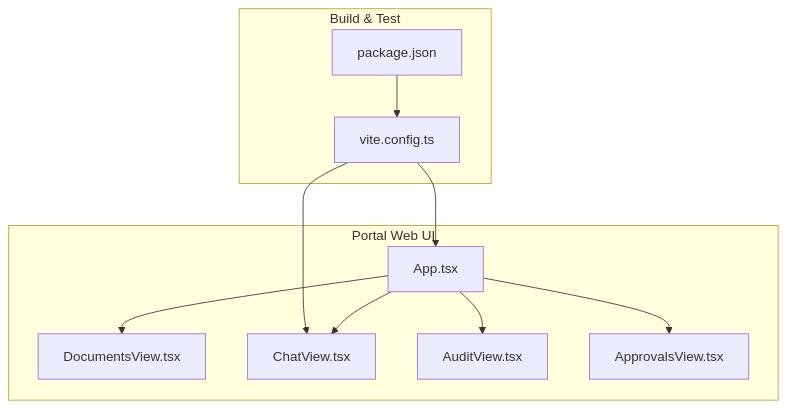
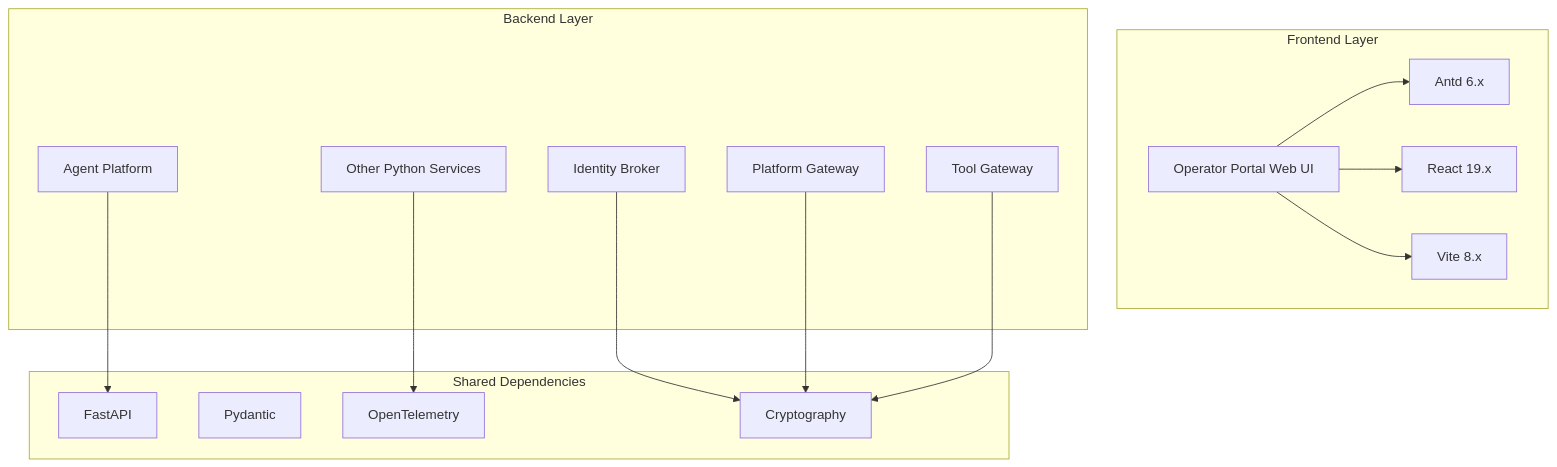
The second of 6 diagrams in .qoder/repowiki/en/content/Architecture Documentation/SPEC-042_ Portal Dependency Hygiene Specification.md (metasync/luban-aiops), drawn with Mermaid before and after one commit. The commit also changed other lines of this file and 13 other files, not shown here.

````diff
--- a/.qoder/repowiki/en/content/Architecture Documentation/SPEC-042_ Portal Dependency Hygiene Specification.md
+++ b/.qoder/repowiki/en/content/Architecture Documentation/SPEC-042_ Portal Dependency Hygiene Specification.md
@@ -90,21 +131,30 @@
 ```mermaid
 graph TB
-subgraph "Portal Web UI"
-App["App.tsx"]
-Docs["DocumentsView.tsx"]
-Chat["ChatView.tsx"]
-Audit["AuditView.tsx"]
-Approvals["ApprovalsView.tsx"]
+subgraph "Frontend Layer"
+Portal["Operator Portal Web UI"]
+Antd["Antd 6.x"]
+React["React 19.x"]
+Vite["Vite 8.x"]
 end
-subgraph "Build & Test"
-Vite["vite.config.ts"]
-Pkg["package.json"]
+subgraph "Backend Layer"
+AgentPlatform["Agent Platform"]
+IdentityBroker["Identity Broker"]
+PlatformGateway["Platform Gateway"]
+ToolGateway["Tool Gateway"]
+OtherServices["Other Python Services"]
 end
-App --> Docs
-App --> Chat
-App --> Audit
-App --> Approvals
-Vite --> App
-Vite --> Chat
-Pkg --> Vite
+subgraph "Shared Dependencies"
+FastAPI["FastAPI"]
+Pydantic["Pydantic"]
+OpenTelemetry["OpenTelemetry"]
+Cryptography["Cryptography"]
+end
+Portal --> Antd
+Portal --> React
+Portal --> Vite
+AgentPlatform --> FastAPI
+IdentityBroker --> Cryptography
+PlatformGateway --> Cryptography
+ToolGateway --> Cryptography
+OtherServices --> OpenTelemetry
 ```
````
